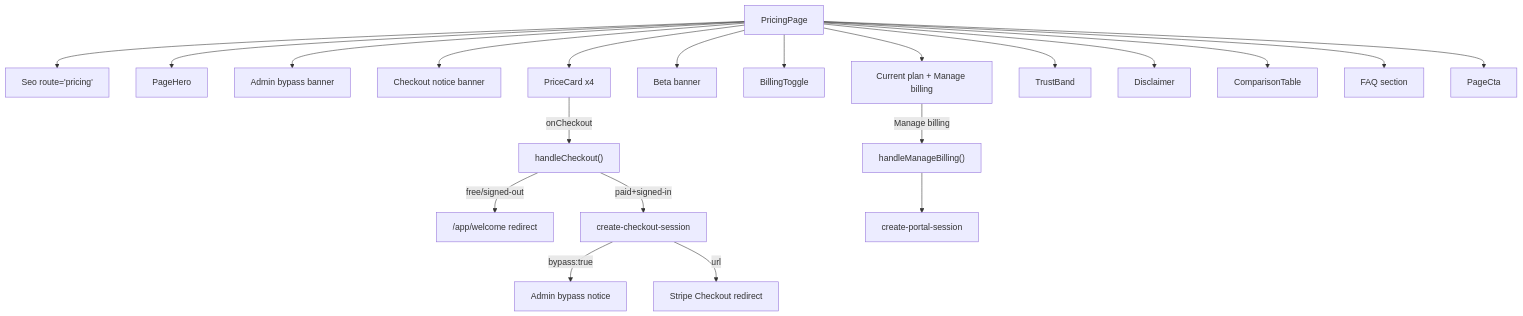
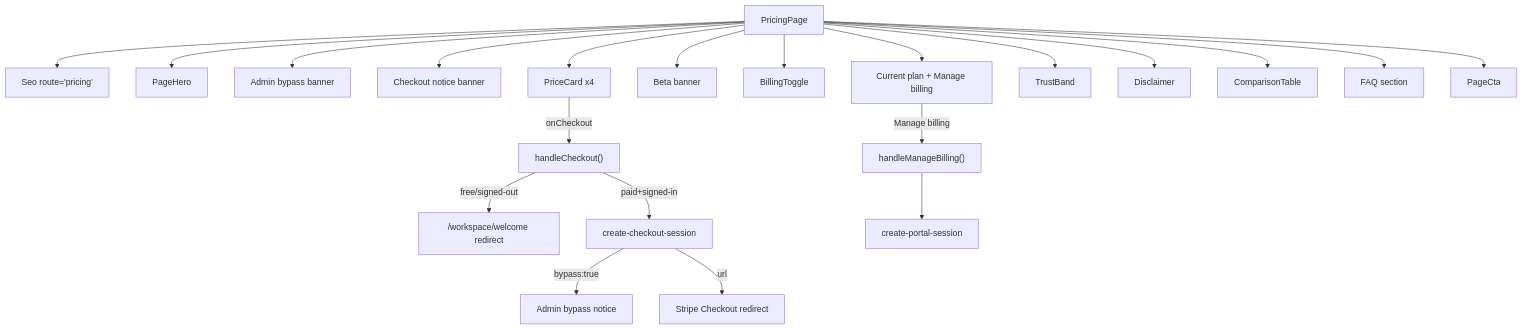
The second of 4 diagrams in docs/wiki/Landing-Page-Pricing-Beta-Signup.md (Dutiva-Canada/Dutiva_Web), drawn with Mermaid before and after one commit. The commit also changed other lines of this file and 107 other files, not shown here.

````diff
--- a/docs/wiki/Landing-Page-Pricing-Beta-Signup.md
+++ b/docs/wiki/Landing-Page-Pricing-Beta-Signup.md
@@ -216,25 +216,25 @@
 ```mermaid
 graph TD
     PP["PricingPage"] --> SEO["Seo route='pricing'"]
     PP --> PH["PageHero"]
     PP --> AB["Admin bypass banner"]
     PP --> NB["Checkout notice banner"]
     PP --> CP["Current plan + Manage billing"]
     PP --> BB["Beta banner"]
     PP --> BT["BillingToggle"]
     PP --> PC["PriceCard x4"]
     PP --> TB["TrustBand"]
     PP --> DIS["Disclaimer"]
     PP --> CT["ComparisonTable"]
     PP --> FAQ["FAQ section"]
     PP --> CTA["PageCta"]
 
     PC --> |"onCheckout"| HC["handleCheckout()"]
-    HC --> |"free/signed-out"| REDIR["/app/welcome redirect"]
+    HC --> |"free/signed-out"| REDIR["/workspace/welcome redirect"]
     HC --> |"paid+signed-in"| CCSF["create-checkout-session"]
     CCSF --> |"bypass:true"| BYPN["Admin bypass notice"]
     CCSF --> |"url"| STRIPE["Stripe Checkout redirect"]
 
     CP --> |"Manage billing"| HMB["handleManageBilling()"]
     HMB --> CPSF["create-portal-session"]
 ```
````
